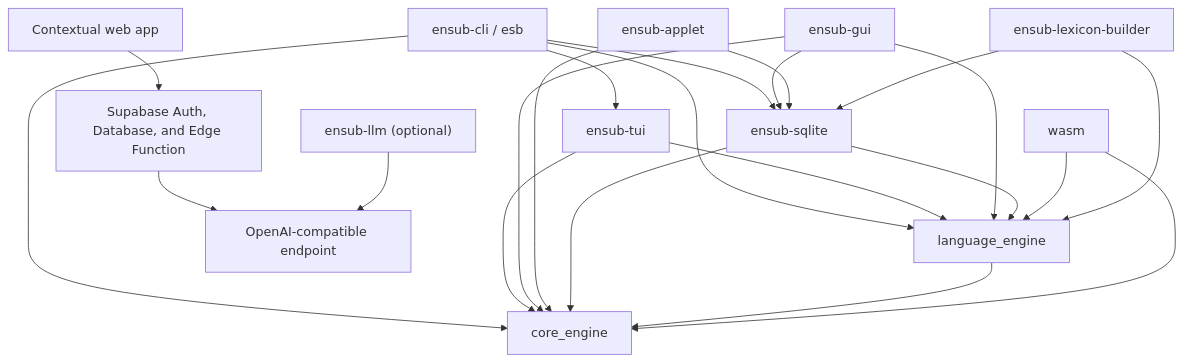
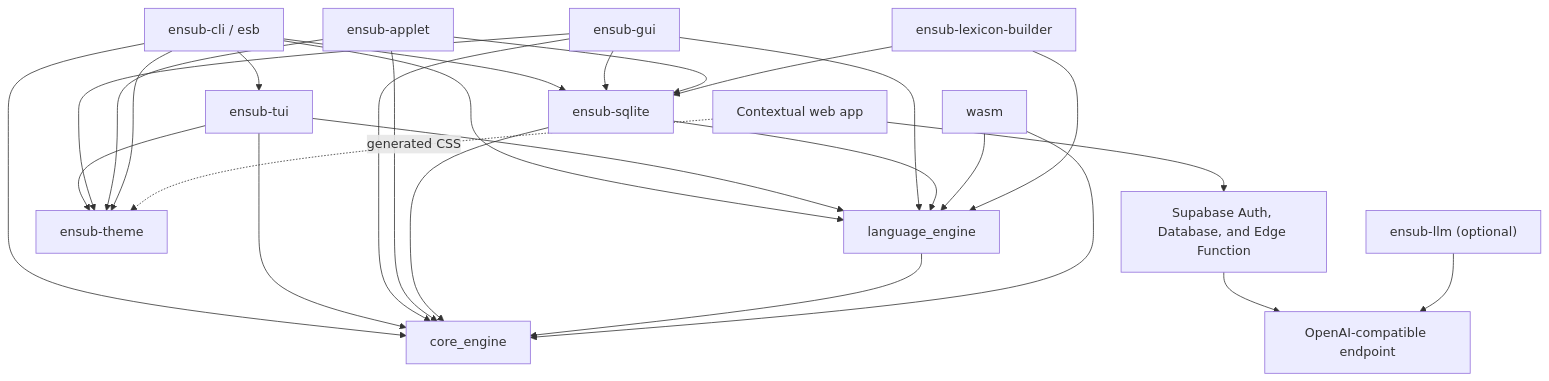
The diagram in docs/architecture.md (flasheddy/ensub), drawn with Mermaid before and after one commit. The commit also changed other lines of this file and 35 other files, not shown here.

Commit message:
feat(theme): implement shared ensub-theme crate and platform adapters

````diff
--- a/docs/architecture.md
+++ b/docs/architecture.md
@@ -7,31 +7,37 @@
 ```mermaid
 flowchart TB
     cli["ensub-cli / esb"] --> core["core_engine"]
     cli --> language["language_engine"]
     cli --> sqlite["ensub-sqlite"]
     cli --> tui["ensub-tui"]
 
     tui --> core
     tui --> language
+    tui --> theme["ensub-theme"]
 
     gui["ensub-gui"] --> core
     gui --> language
     gui --> sqlite
+    gui --> theme
 
     applet["ensub-applet"] --> core
     applet --> sqlite
+    applet --> theme
+
+    cli --> theme
 
     sqlite --> core
     sqlite --> language
     language --> core
 
     web["Contextual web app"] --> supabase["Supabase Auth, Database, and Edge Function"]
+    web -. generated CSS .-> theme
     supabase --> provider["OpenAI-compatible endpoint"]
     wasm --> core
     wasm --> language
 
     builder["ensub-lexicon-builder"] --> language
     builder --> sqlite
 
     llm["ensub-llm (optional)"] --> provider["OpenAI-compatible endpoint"]
 ```
````
